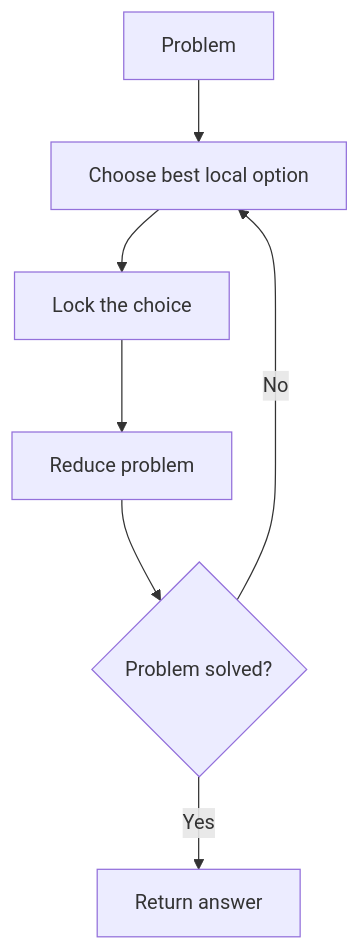
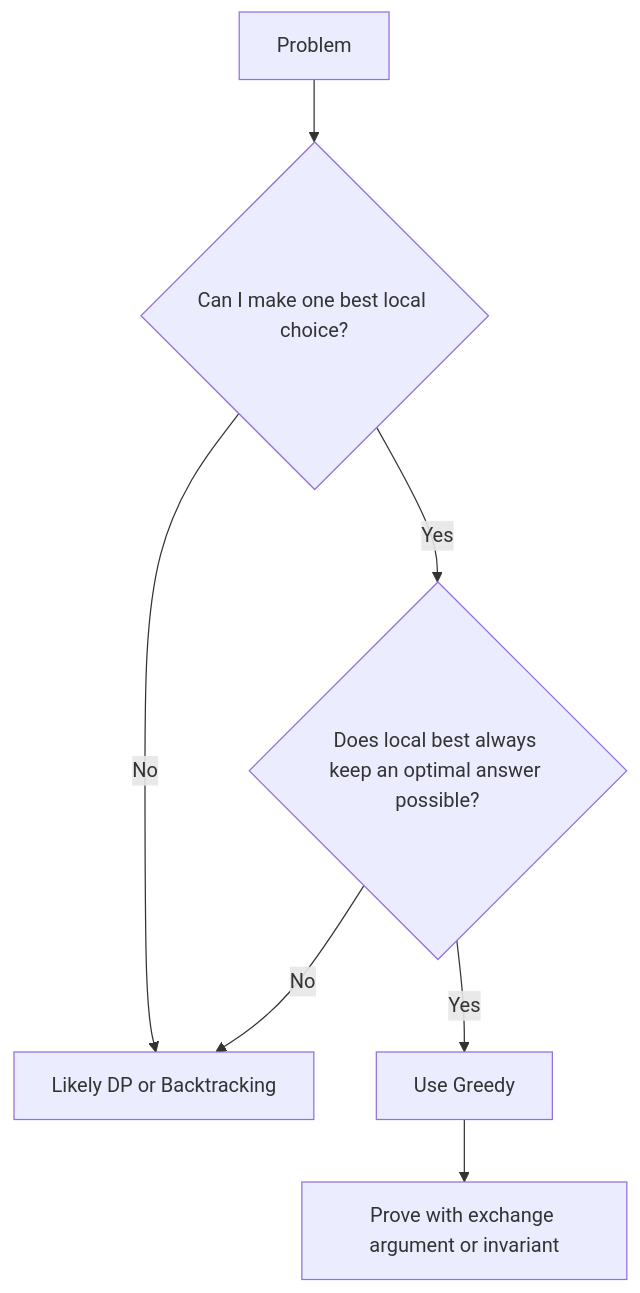
Before and after one commit to mthaiseer/springcloud-systemdesign-notes: the first of 22 diagrams in CP_DSA_NOTES/CONCEPT_FRAMEWORK_FORMS_TATICS/010_GREEDY_CFFT.md, drawn with Mermaid. The commit also changed other lines of this file and 1 other file, not shown here.

````diff
--- a/CP_DSA_NOTES/CONCEPT_FRAMEWORK_FORMS_TATICS/010_GREEDY_CFFT.md
+++ b/CP_DSA_NOTES/CONCEPT_FRAMEWORK_FORMS_TATICS/010_GREEDY_CFFT.md
@@ -41,9 +45,9 @@
 ```mermaid
 flowchart TD
-    A[Problem] --> B[Choose best local option]
-    B --> C[Lock the choice]
-    C --> D[Reduce problem]
-    D --> E{Problem solved?}
-    E -->|No| B
-    E -->|Yes| F[Return answer]
+    A[Problem] --> B{Can I make one best local choice?}
+    B -->|No| X[Likely DP or Backtracking]
+    B -->|Yes| C{Does local best always keep an optimal answer possible?}
+    C -->|No| X
+    C -->|Yes| D[Use Greedy]
+    D --> E[Prove with exchange argument or invariant]
 ```
````
